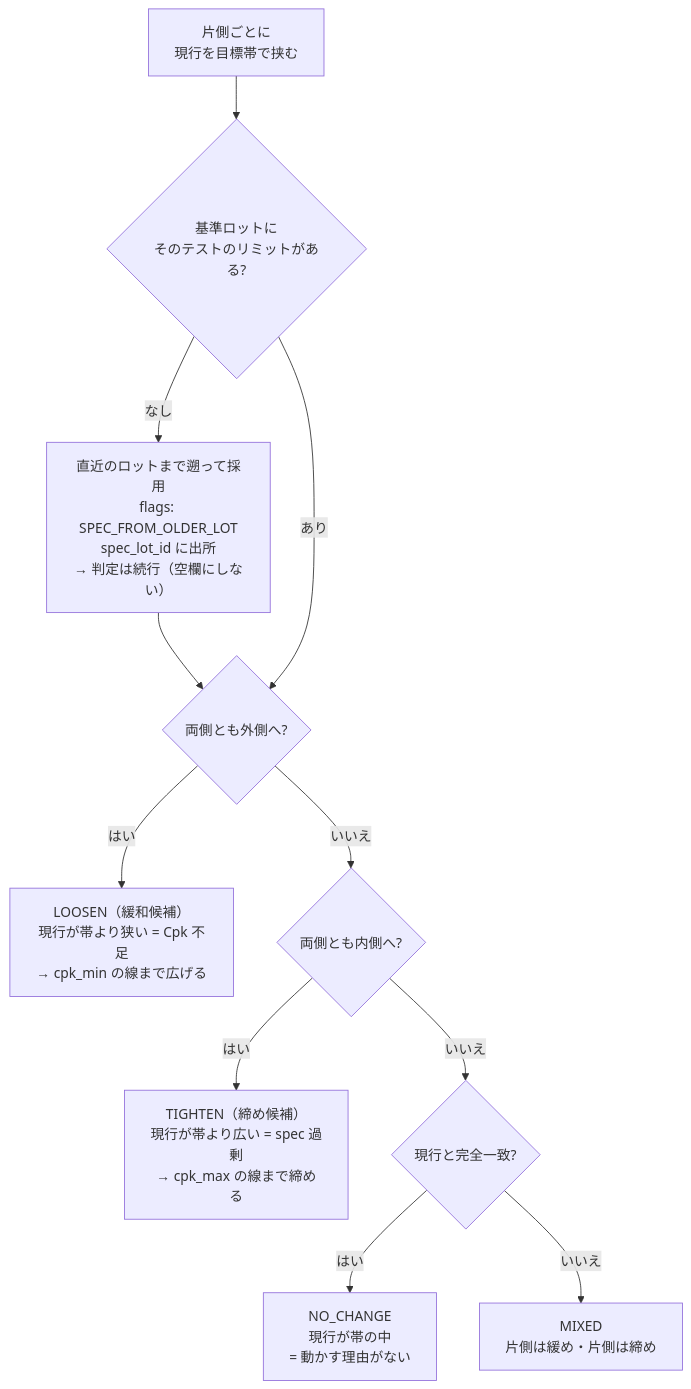
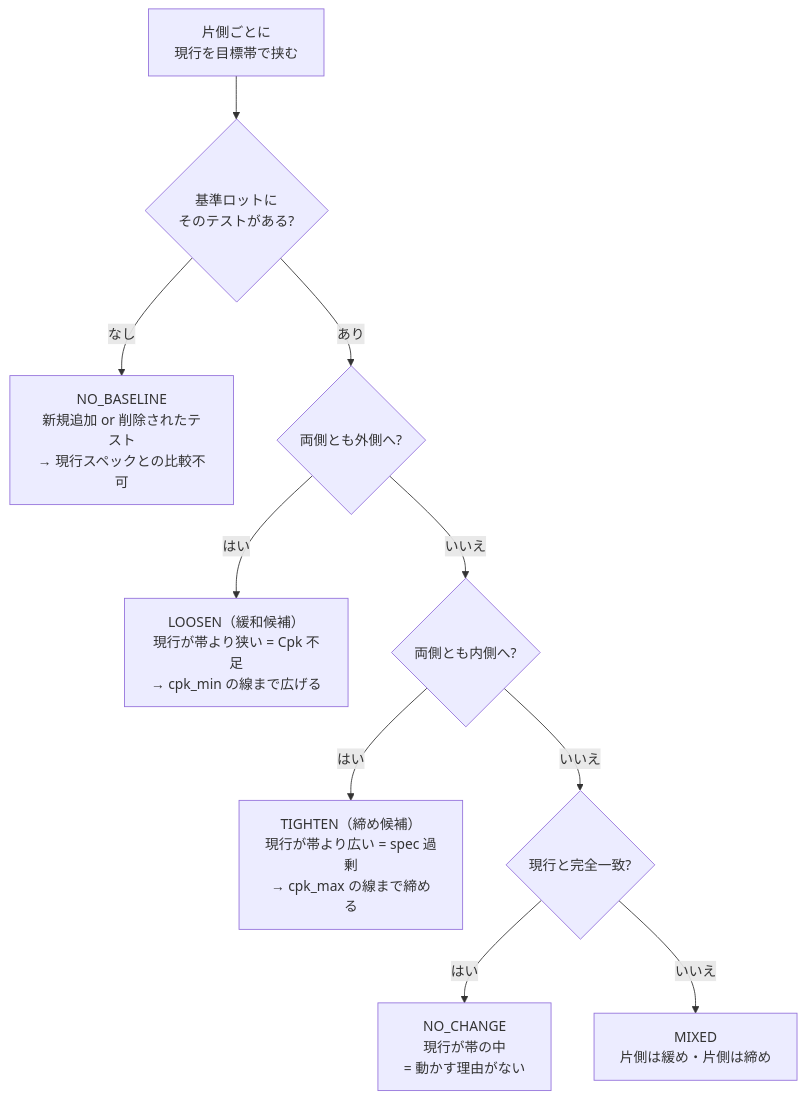
The second of 6 diagrams in docs/sample_queries.md (Kei0bb/STDF), drawn with Mermaid before and after one commit. The commit also changed other lines of this file, not shown here.

````diff
--- a/docs/sample_queries.md
+++ b/docs/sample_queries.md
@@ -867,13 +865,12 @@
 ```mermaid
 flowchart TD
-    S["片側ごとに<br/>現行を目標帯で挟む"] --> A{"基準ロットに<br/>そのテストのリミットがある?"}
-    A -->|"なし"| NB["直近のロットまで遡って採用<br/>flags: SPEC_FROM_OLDER_LOT<br/>spec_lot_id に出所<br/>→ 判定は続行（空欄にしない）"]
-    NB --> B
+    S["片側ごとに<br/>現行を目標帯で挟む"] --> A{"基準ロットに<br/>そのテストがある?"}
+    A -->|"なし"| NB["NO_BASELINE<br/>新規追加 or 削除されたテスト<br/>→ 現行スペックとの比較不可"]
     A -->|"あり"| B{"両側とも外側へ?"}
     B -->|"はい"| L["LOOSEN（緩和候補）<br/>現行が帯より狭い = Cpk 不足<br/>→ cpk_min の線まで広げる"]
     B -->|"いいえ"| C{"両側とも内側へ?"}
     C -->|"はい"| T["TIGHTEN（締め候補）<br/>現行が帯より広い = spec 過剰<br/>→ cpk_max の線まで締める"]
     C -->|"いいえ"| D{"現行と完全一致?"}
     D -->|"はい"| N["NO_CHANGE<br/>現行が帯の中<br/>= 動かす理由がない"]
     D -->|"いいえ"| M["MIXED<br/>片側は緩め・片側は締め"]
 ```
````
